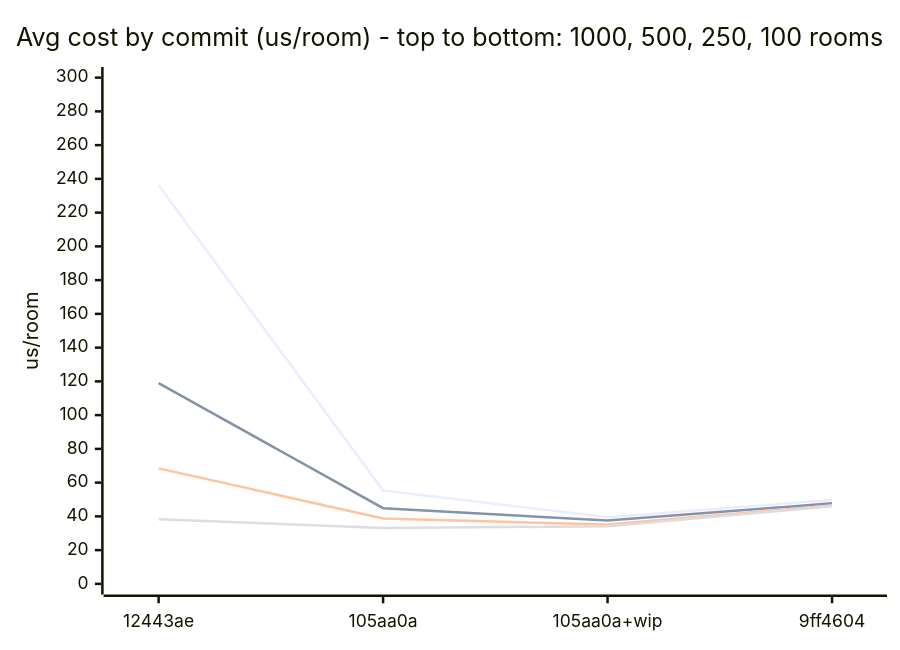
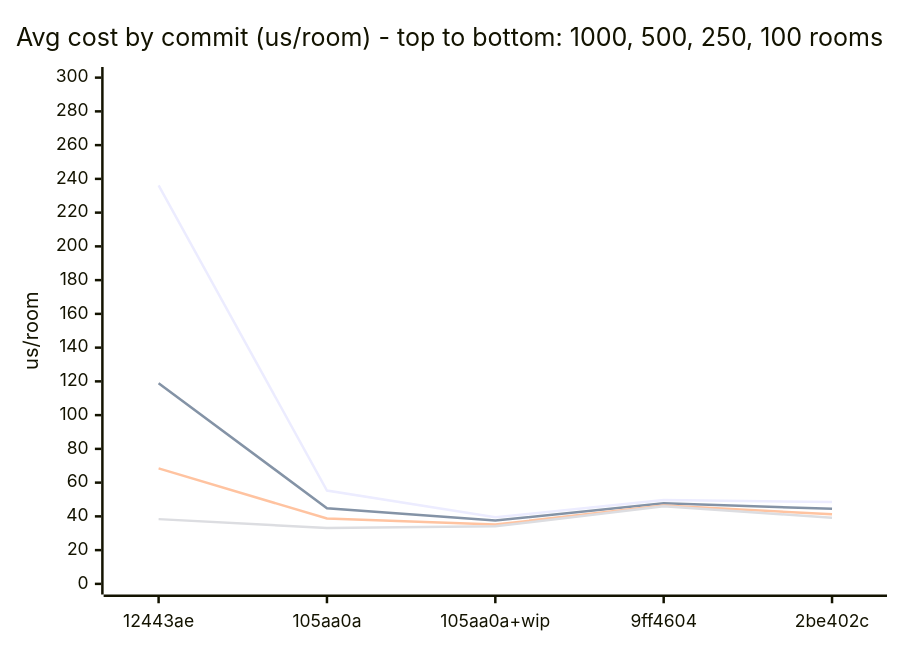
Before and after one commit to ezraclintoc/TheAmazingDungeon: the diagram in spec.md, drawn with Mermaid. The commit also changed other lines of this file and 9 other files, not shown here.

````diff
--- a/spec.md
+++ b/spec.md
@@ -176,10 +206,10 @@
 ```mermaid
 xychart-beta
     title "Avg cost by commit (us/room) - top to bottom: 1000, 500, 250, 100 rooms"
-    x-axis ["12443ae", "105aa0a", "105aa0a+wip", "9ff4604"]
+    x-axis ["12443ae", "105aa0a", "105aa0a+wip", "9ff4604", "2be402c"]
     y-axis "us/room" 0 --> 300
-    line [236.18, 55.31, 39.46, 49.74]
-    line [118.93, 44.87, 37.54, 47.73]
-    line [68.46, 38.73, 35.13, 46.51]
-    line [38.37, 33.13, 34.12, 45.96]
+    line [236.18, 55.31, 39.46, 49.74, 48.50]
+    line [118.93, 44.87, 37.54, 47.73, 44.47]
+    line [68.46, 38.73, 35.13, 46.51, 41.25]
+    line [38.37, 33.13, 34.12, 45.96, 39.22]
 ```
````
